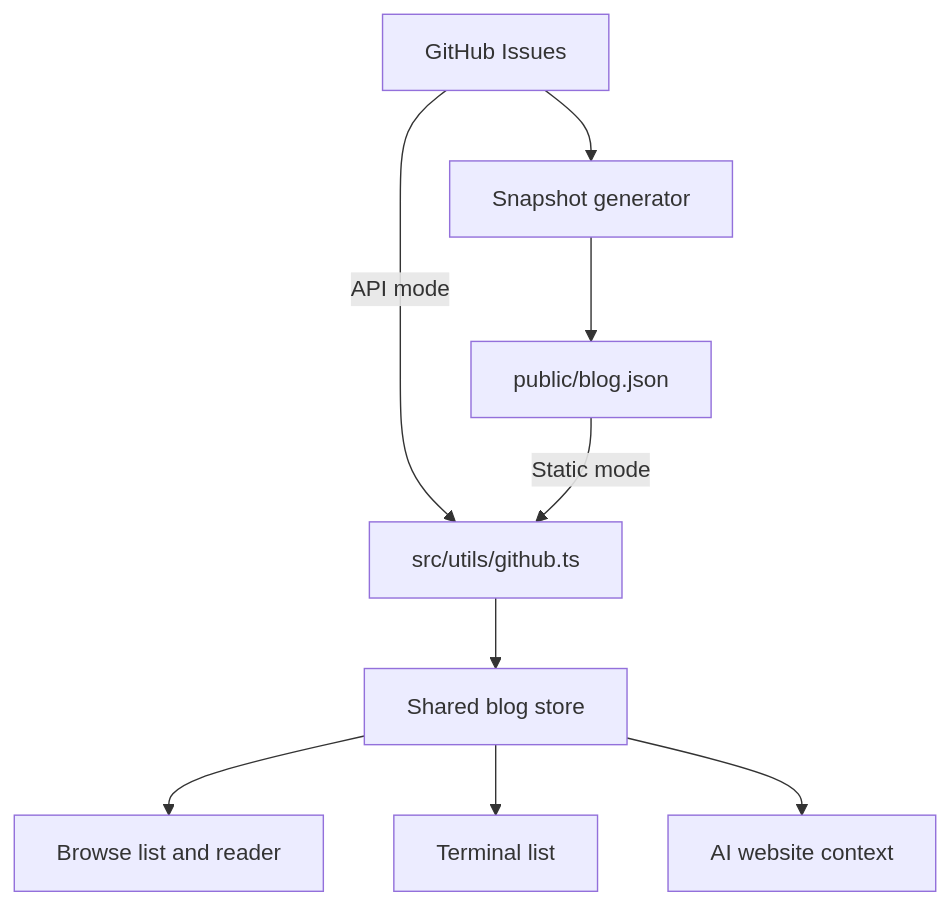
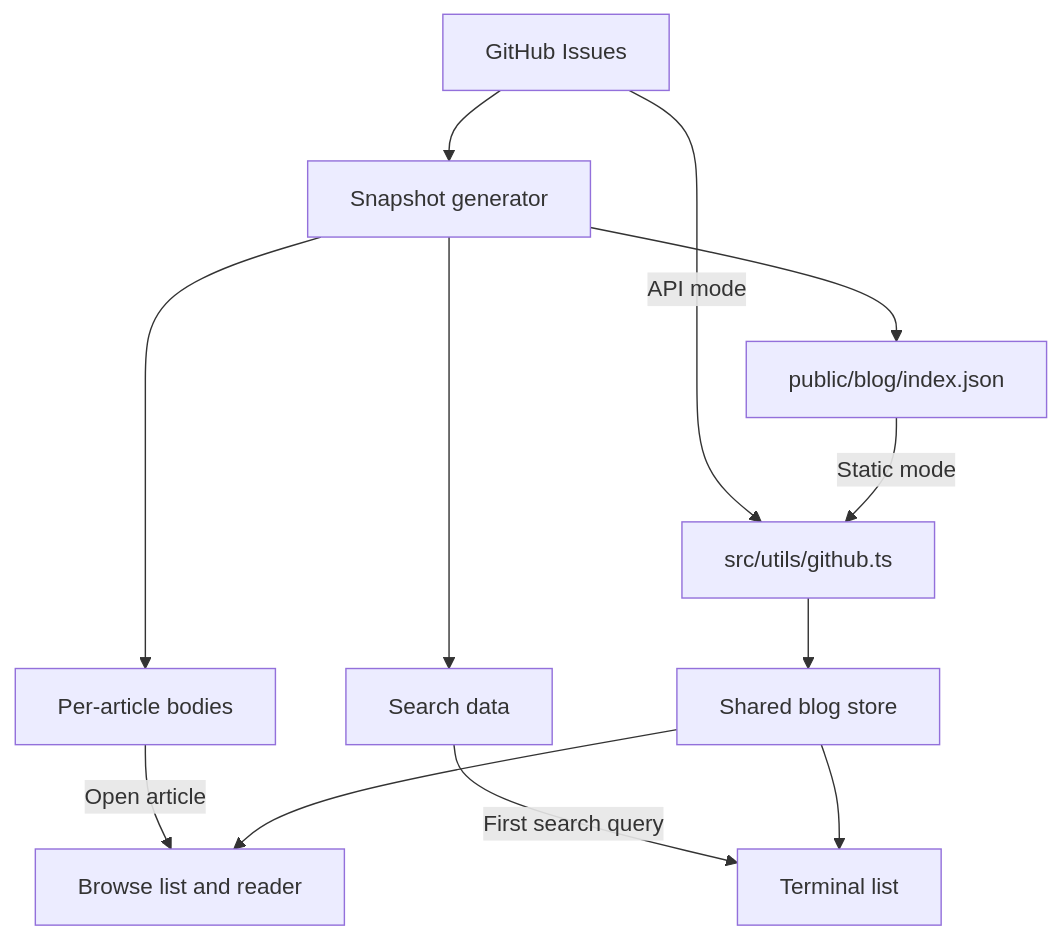
Before and after one commit to parallelarc/parallelarc.github.io: the diagram in docs/ARCHITECTURE.md, drawn with Mermaid. The commit also changed other lines of this file and 53 other files, not shown here.

````diff
--- a/docs/ARCHITECTURE.md
+++ b/docs/ARCHITECTURE.md
@@ -73,11 +72,14 @@
 ```mermaid
 flowchart TD
   Issues[GitHub Issues] --> Generator[Snapshot generator]
-  Generator --> Snapshot[public/blog.json]
+  Generator --> Snapshot[public/blog/index.json]
   Issues -->|API mode| Fetch[src/utils/github.ts]
   Snapshot -->|Static mode| Fetch
+  Generator --> Bodies[Per-article bodies]
+  Generator --> Search[Search data]
+  Bodies -->|Open article| Browse
+  Search -->|First search query| Terminal
   Fetch --> Store[Shared blog store]
   Store --> Browse[Browse list and reader]
   Store --> Terminal[Terminal list]
-  Store --> AI[AI website context]
 ```
````
